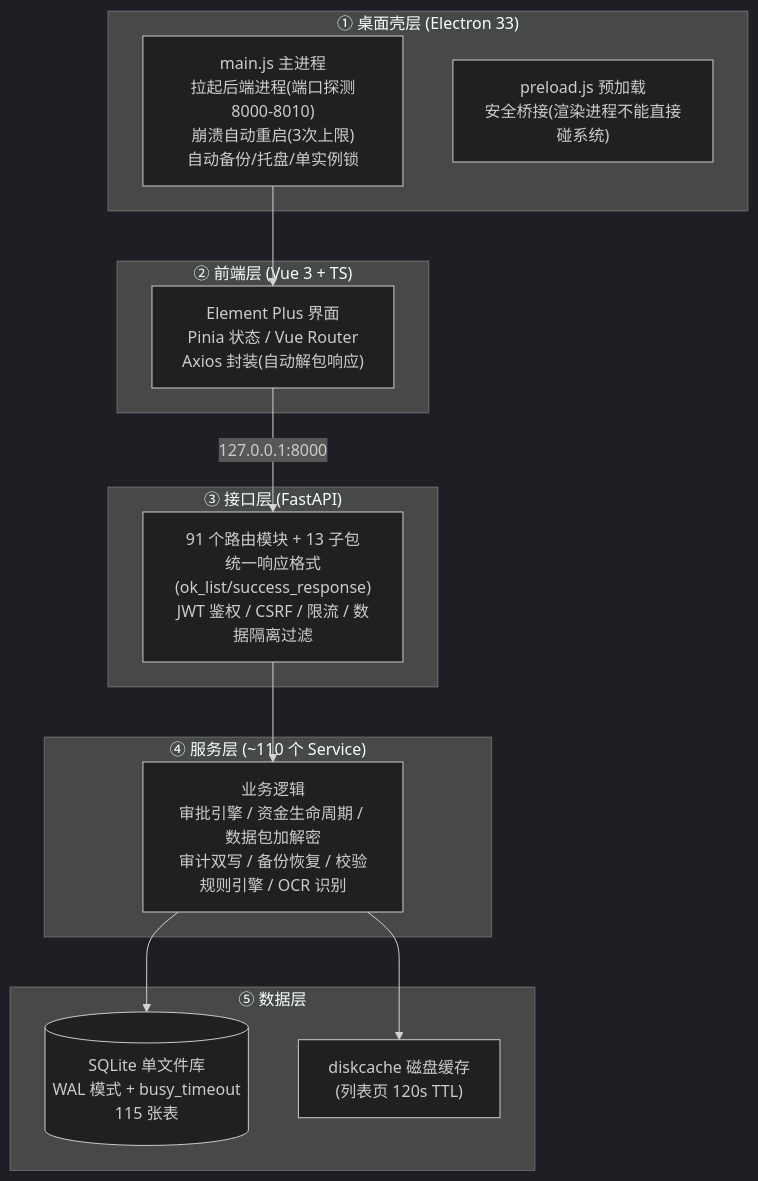
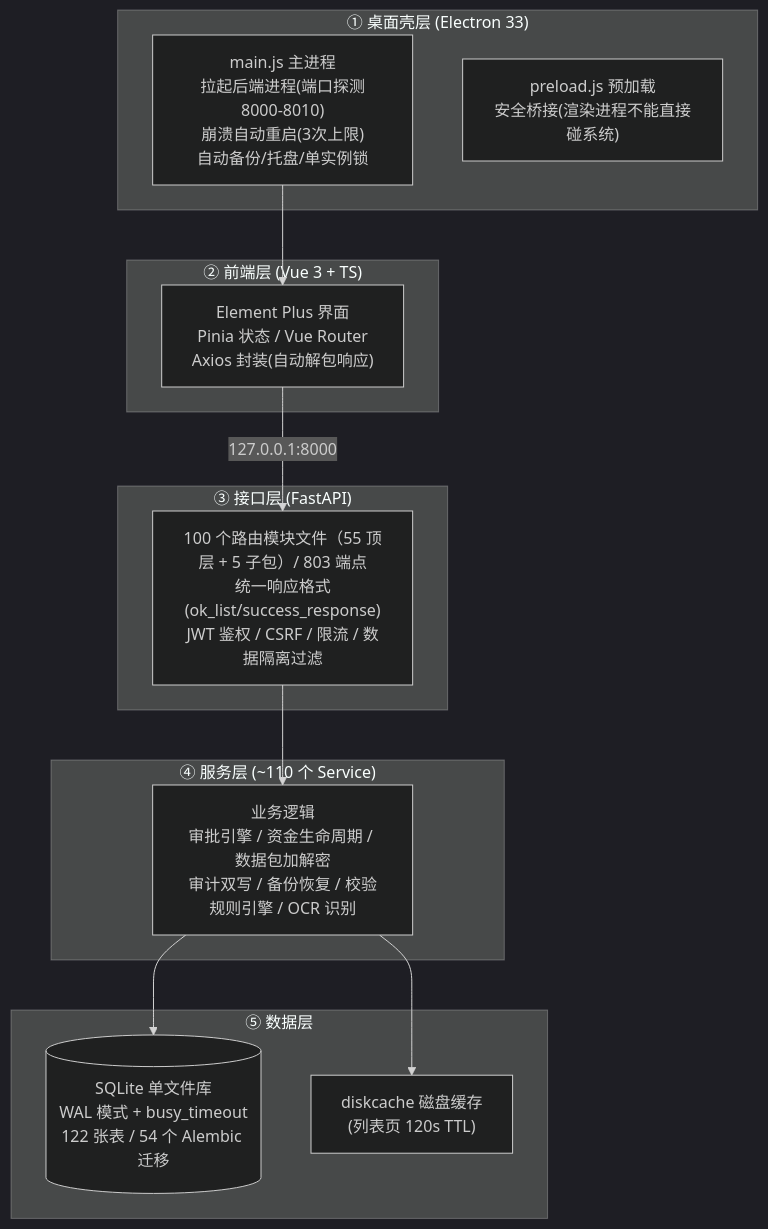
The diagram in docs/03-开发文档/01-架构设计/系统架构说明.md (lzh745200/MRRS), drawn with Mermaid (dark theme) before and after one commit. The commit also changed other lines of this file and 63 other files, not shown here.

````diff
--- a/docs/03-开发文档/01-架构设计/系统架构说明.md
+++ b/docs/03-开发文档/01-架构设计/系统架构说明.md
@@ -17,25 +17,25 @@
 ```mermaid
 graph TB
     subgraph L1["① 桌面壳层 (Electron 33)"]
         MAIN["main.js 主进程<br/>拉起后端进程(端口探测8000-8010)<br/>崩溃自动重启(3次上限)<br/>自动备份/托盘/单实例锁"]
         PRE["preload.js 预加载<br/>安全桥接(渲染进程不能直接碰系统)"]
     end
     subgraph L2["② 前端层 (Vue 3 + TS)"]
         FE["Element Plus 界面<br/>Pinia 状态 / Vue Router<br/>Axios 封装(自动解包响应)"]
     end
     subgraph L3["③ 接口层 (FastAPI)"]
-        API["91 个路由模块 + 13 子包<br/>统一响应格式(ok_list/success_response)<br/>JWT 鉴权 / CSRF / 限流 / 数据隔离过滤"]
+        API["100 个路由模块文件（55 顶层 + 5 子包）/ 803 端点<br/>统一响应格式(ok_list/success_response)<br/>JWT 鉴权 / CSRF / 限流 / 数据隔离过滤"]
     end
     subgraph L4["④ 服务层 (~110 个 Service)"]
         SVC["业务逻辑<br/>审批引擎 / 资金生命周期 / 数据包加解密<br/>审计双写 / 备份恢复 / 校验规则引擎 / OCR 识别"]
     end
     subgraph L5["⑤ 数据层"]
-        DB[("SQLite 单文件库<br/>WAL 模式 + busy_timeout<br/>115 张表")]
+        DB[("SQLite 单文件库<br/>WAL 模式 + busy_timeout<br/>122 张表 / 54 个 Alembic 迁移")]
         CACHE["diskcache 磁盘缓存<br/>(列表页 120s TTL)"]
     end
     MAIN --> FE
     FE -->|"127.0.0.1:8000"| API
     API --> SVC
     SVC --> DB
     SVC --> CACHE
 ```
````
